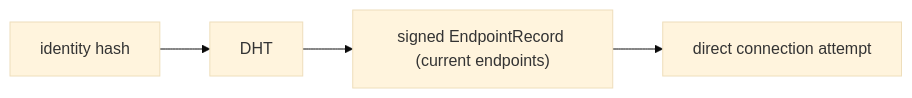
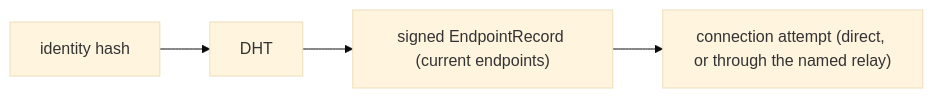
Before and after one commit to 0xAsghar/vMessenger: the first of 2 diagrams in docs/DHT.md, drawn with Mermaid (base theme). The commit also changed other lines of this file and 16 other files, not shown here.

````diff
--- a/docs/DHT.md
+++ b/docs/DHT.md
@@ -15,6 +15,6 @@
 ```mermaid
 flowchart LR
   H["identity hash"] --> DHT["DHT"]
   DHT --> R["signed EndpointRecord (current endpoints)"]
-  R --> Conn["direct connection attempt"]
+  R --> Conn["connection attempt (direct, or through the named relay)"]
 ```
````
